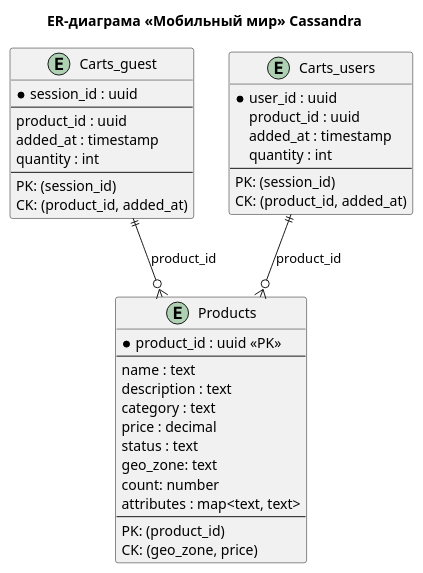
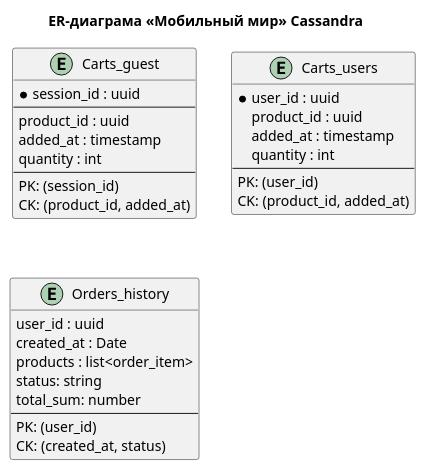
The diagram in Миграция_на_Cassandra_ADR.md (kanya384/architecture-pro-black_friday), drawn with PlantUML before and after one commit. The commit also changed other lines of this file, not shown here.

Commit message:
task 10 - fix

````diff
--- a/Миграция_на_Cassandra_ADR.md
+++ b/Миграция_на_Cassandra_ADR.md
@@ -25,47 +25,38 @@
 ```puml
 @startuml
 title ER-диаграма «Мобильный мир» Cassandra
-
-entity Products {
-  *product_id : uuid <<PK>>
-  --
-  name : text
-  description : text
-  category : text
-  price : decimal
-  status : text
-  geo_zone: text
-  count: number
-  attributes : map<text, text>
-  --
-  PK: (product_id)
-  CK: (geo_zone, price)
-}
 
 entity Carts_guest {
   *session_id : uuid
   --
   product_id : uuid
   added_at : timestamp
   quantity : int
   --
   PK: (session_id)
   CK: (product_id, added_at)
 }
 
 entity Carts_users {
   *user_id : uuid
   product_id : uuid
   added_at : timestamp
   quantity : int
   --
-  PK: (session_id)
+  PK: (user_id)
   CK: (product_id, added_at)
 }
 
-Carts_guest ||--o{ Products : "product_id"
-
-Carts_users ||--o{ Products : "product_id"
+entity Orders_history {
+  user_id : uuid
+  created_at : Date
+  products : list<order_item>
+  status: string
+  total_sum: number
+  --
+  PK: (user_id)
+  CK: (created_at, status)
+}
 
 @enduml
 ```
````
